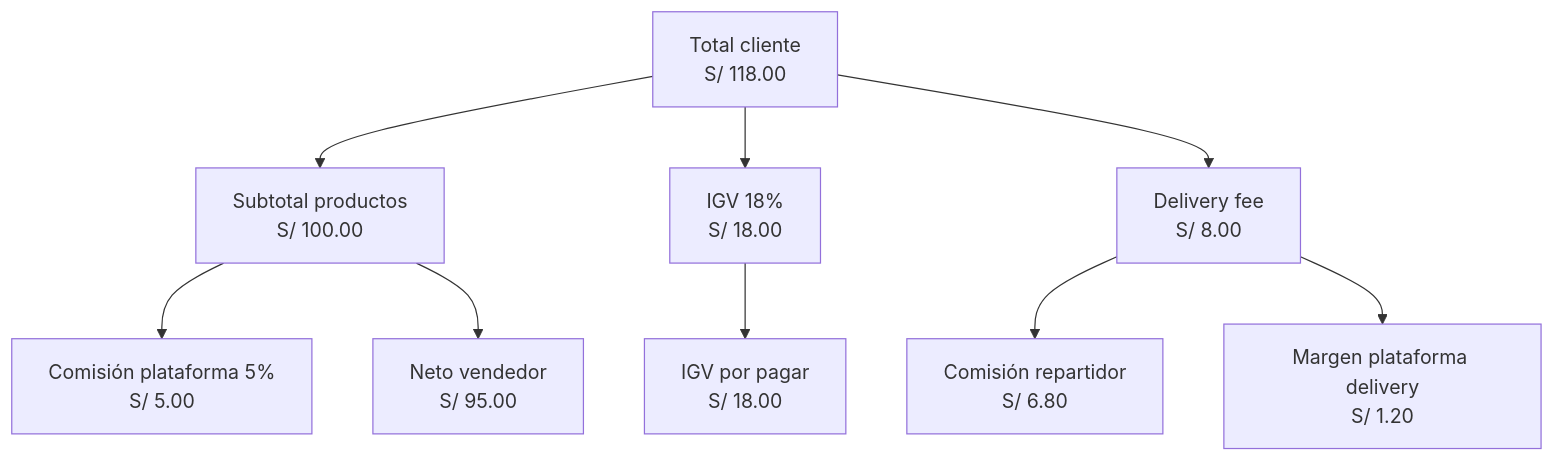
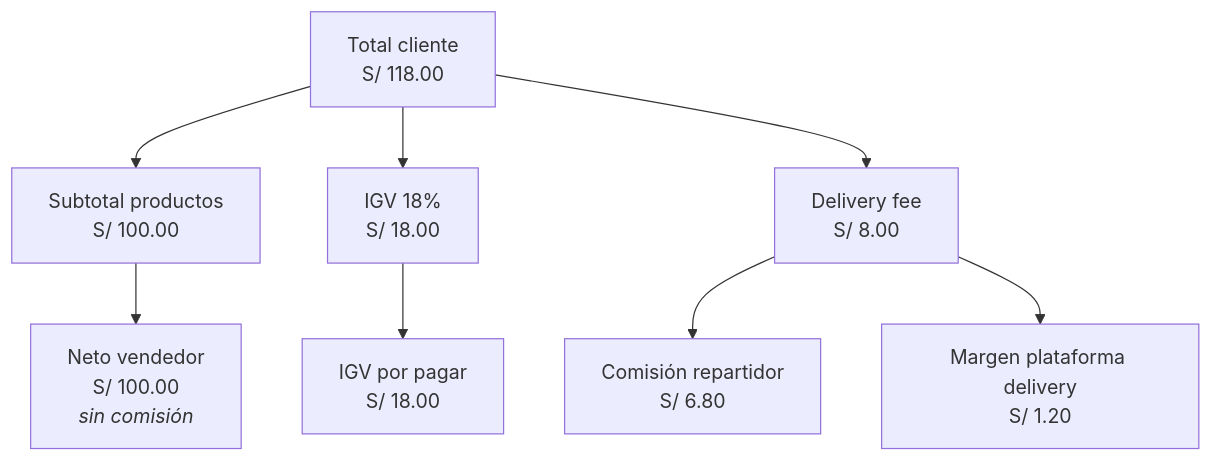
Before and after one commit to kanoso/ecommcerce-saas-sonet: the fourth of 19 diagrams in DOCS/FLUJO_DINERO.md, drawn with Mermaid. The commit also changed other lines of this file and 2 other files, not shown here.

````diff
--- a/DOCS/FLUJO_DINERO.md
+++ b/DOCS/FLUJO_DINERO.md
@@ -326,15 +331,14 @@
 ```mermaid
 flowchart TD
     T["Total cliente<br/>S/ 118.00"]
     T --> SUB["Subtotal productos<br/>S/ 100.00"]
     T --> IGV["IGV 18%<br/>S/ 18.00"]
     T --> DF["Delivery fee<br/>S/ 8.00"]
 
-    SUB --> PC["Comisión plataforma 5%<br/>S/ 5.00"]
-    SUB --> SN["Neto vendedor<br/>S/ 95.00"]
+    SUB --> SN["Neto vendedor<br/>S/ 100.00<br/><i>sin comisión</i>"]
 
     DF --> RC["Comisión repartidor<br/>S/ 6.80"]
     DF --> PD["Margen plataforma delivery<br/>S/ 1.20"]
 
     IGV --> SUNAT["IGV por pagar<br/>S/ 18.00"]
 ```
````
